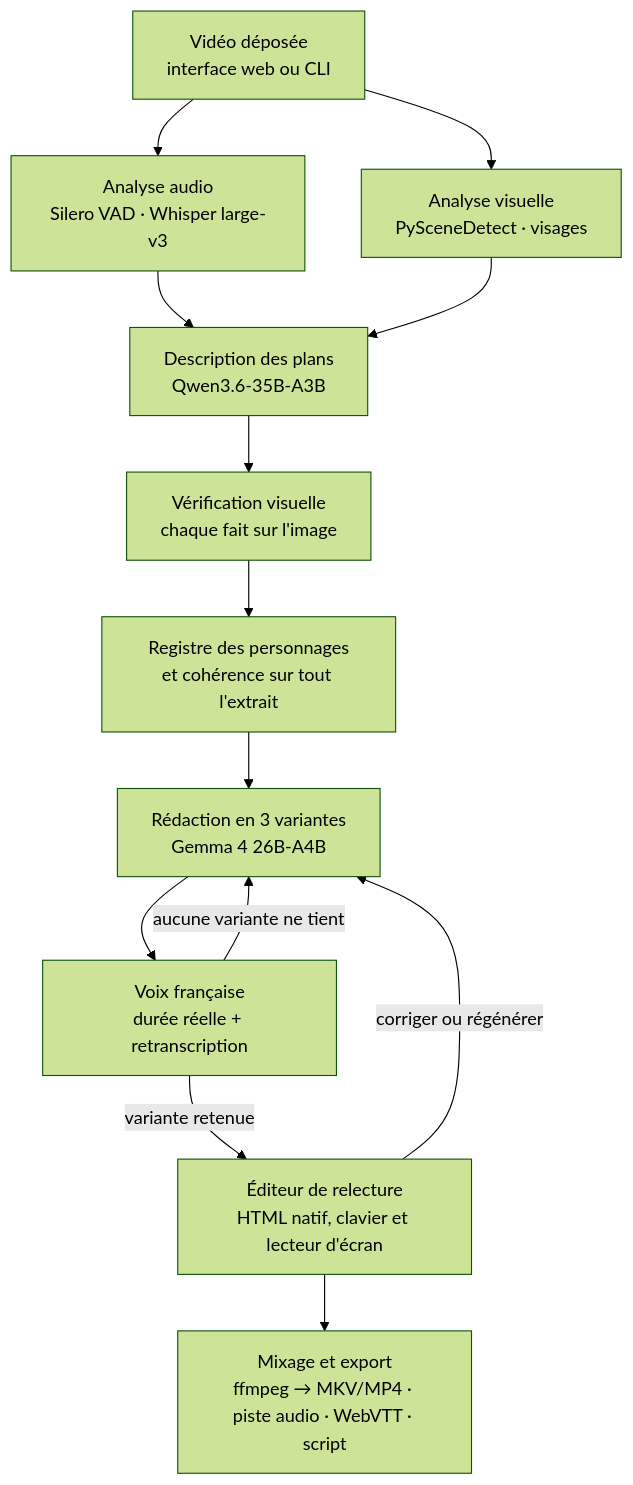
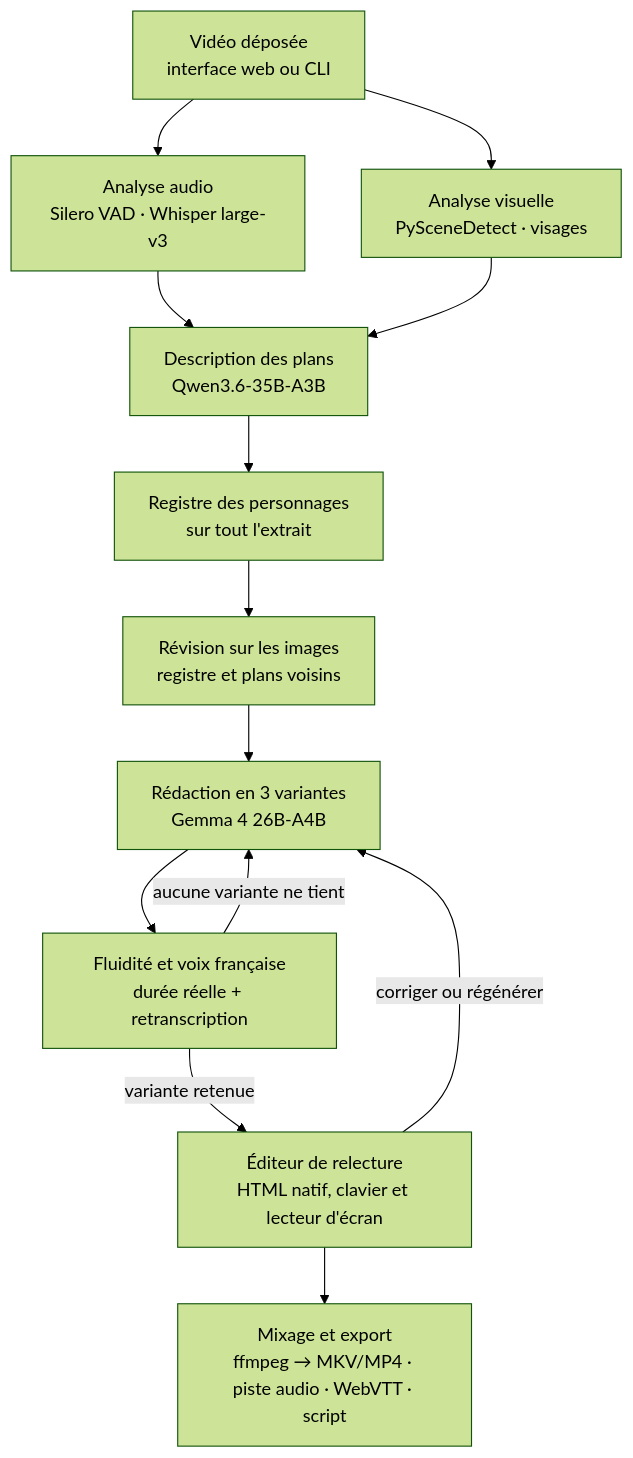
The diagram in AUDESIA.md (swinn37/AudesIA), drawn with Mermaid (forest theme) before and after one commit. The commit also changed other lines of this file and 2 other files, not shown here.

First line of the commit message:
Description plus fidèle et plus fluide : révision sur les images, sans redites

````diff
--- a/AUDESIA.md
+++ b/AUDESIA.md
@@ -125,15 +125,15 @@
 ```mermaid
 flowchart TD
   A[Vidéo déposée<br/>interface web ou CLI] --> B[Analyse audio<br/>Silero VAD · Whisper large-v3]
   A --> C[Analyse visuelle<br/>PySceneDetect · visages]
   B --> D[Description des plans<br/>Qwen3.6-35B-A3B]
   C --> D
-  D --> V[Vérification visuelle<br/>chaque fait sur l'image]
-  V --> R[Registre des personnages<br/>et cohérence sur tout l'extrait]
-  R --> E[Rédaction en 3 variantes<br/>Gemma 4 26B-A4B]
-  E --> F[Voix française<br/>durée réelle + retranscription]
+  D --> R[Registre des personnages<br/>sur tout l'extrait]
+  R --> V[Révision sur les images<br/>registre et plans voisins]
+  V --> E[Rédaction en 3 variantes<br/>Gemma 4 26B-A4B]
+  E --> F[Fluidité et voix française<br/>durée réelle + retranscription]
   F -- aucune variante ne tient --> E
   F -- variante retenue --> G[Éditeur de relecture<br/>HTML natif, clavier et lecteur d'écran]
   G -- corriger ou régénérer --> E
   G --> H[Mixage et export<br/>ffmpeg → MKV/MP4 · piste audio · WebVTT · script]
 ```
````
